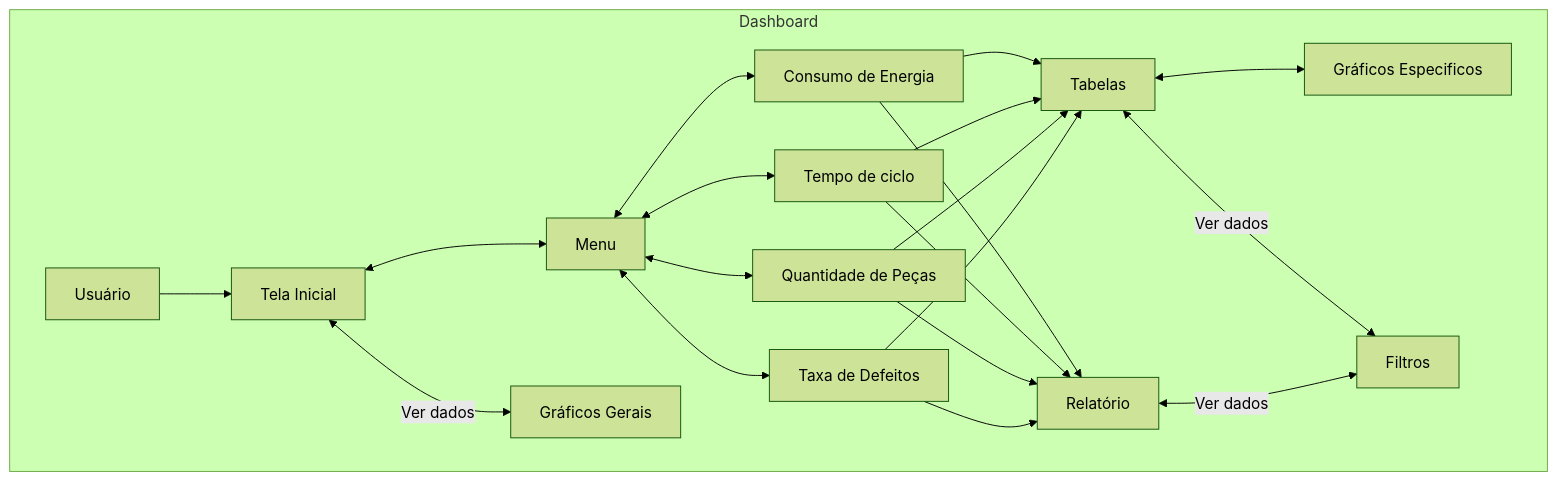
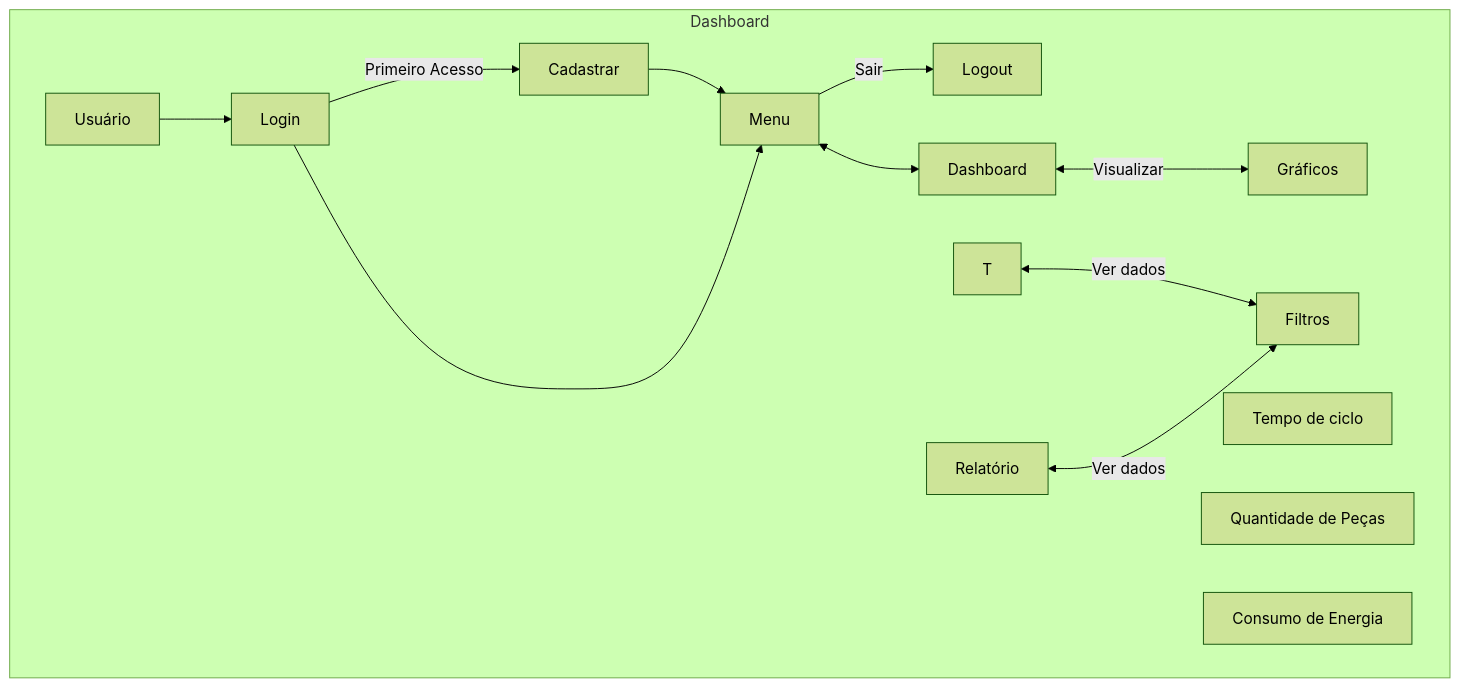
Before and after one commit to Giovani-RodriguesS/projeto_iot: the second of 2 diagrams in docs/PRD.md, drawn with Mermaid (forest theme). The commit also changed other lines of this file, not shown here.

````diff
--- a/docs/PRD.md
+++ b/docs/PRD.md
@@ -64,32 +67,27 @@
 ```mermaid
 graph TB
     subgraph Dashboard
         A[Menu]
-        B[Gráficos Gerais]
-        J[Gráficos Especificos]
+        F[Dashboard]
+        B[Gráficos]
         C[Tempo de ciclo]
         D[Quantidade de Peças]
         E[Consumo de Energia]
-        F[Taxa de Defeitos]
         R[Relatório]
-        T[Tabelas]
         I[Filtros]
         G[Usuário]
-        
-        G-->L
-        A<-->E-->R
-        A<-->C-->R
-        A<-->D-->R
-        A<-->F-->R
-        E-->T
-        C-->T
-        D-->T
-        F-->T
-        T<-->J
+        H[Login]
+        K[Cadastrar]
+        O[Logout]
+
+        G-->H
+        H-->|Primeiro Acesso|K
+        K-->A
+        A-->|Sair|O
+        H-->A
+        A<-->F
+        F<-->|Visualizar|B
         T<-->|Ver dados|I
-        R<-->|Ver dados|I
-        L[Tela Inicial]<-->A
-        L<-->|Ver dados|B
-      
+        R<-->|Ver dados|I      
     end
 ```
````
